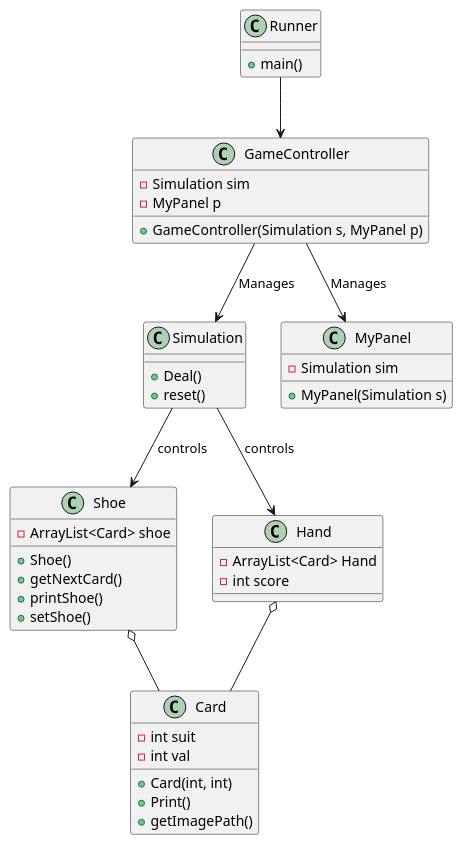
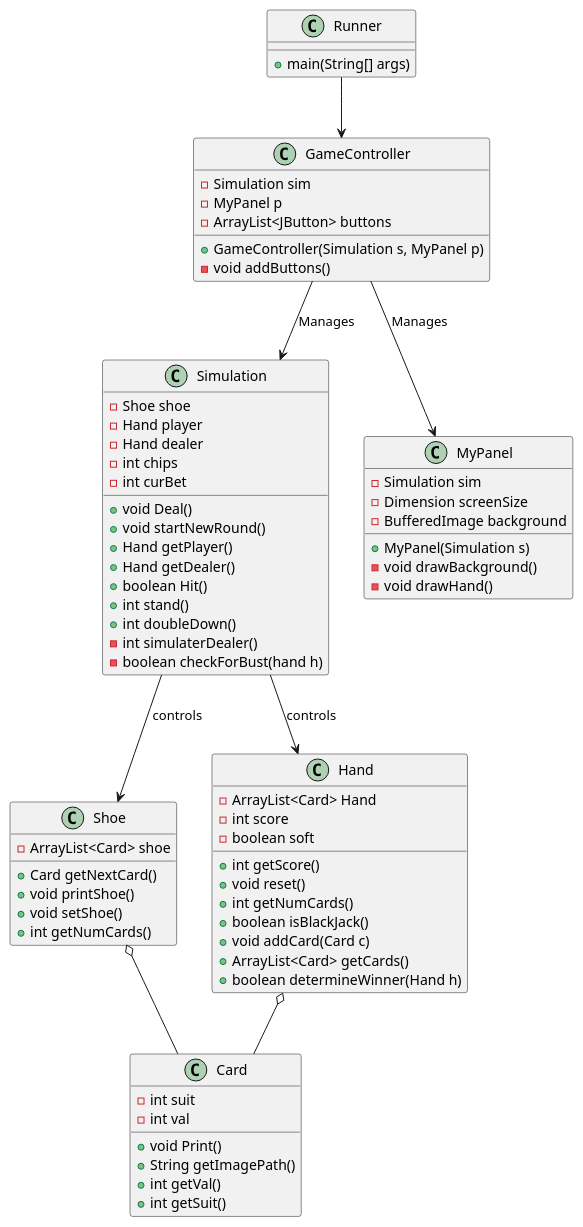
Before and after one commit to Zach-Farrell/blackjack-game: the diagram in src/support/uml/project.puml, drawn with PlantUML. The commit also changed 2 other files, not shown here.

Commit message:
updated uml diagram to most current version

```diff
--- a/src/support/uml/project.puml
+++ b/src/support/uml/project.puml
@@ -1,52 +1,77 @@
 @startuml
 class Shoe {
     -ArrayList<Card> shoe
-    +Shoe()
-    +getNextCard()
-    +printShoe()
-    +setShoe()
+    +Card getNextCard()
+    +void printShoe()
+    +void setShoe()
+    +int getNumCards()
 }
 
 class Card {
-    +Card(int, int)
-    +Print()
-    +getImagePath()
+    +void Print()
+    +String getImagePath()
+    +int getVal()
+    +int getSuit()
     -int suit
     -int val
 }
 
 class Simulation {
-    +Deal()
-    +reset()
-
+    +void Deal()
+    +void startNewRound()
+    +Hand getPlayer()
+    +Hand getDealer()
+    +boolean Hit()
+    +int stand()
+    +int doubleDown()
+    -int simulaterDealer()
+    -boolean checkForBust(hand h)
+    -Shoe shoe
+    -Hand player
+    -Hand dealer
+    -int chips
+    -int curBet
 }
 
 class MyPanel {
     +MyPanel(Simulation s)
+    -void drawBackground()
+    -void drawHand()
     -Simulation sim
+    -Dimension screenSize
+    -BufferedImage background
 }
 
 class Runner {
-	+main()
+	+main(String[] args)
 }
 
 class GameController {
     +GameController(Simulation s, MyPanel p)
+    -void addButtons()
     -Simulation sim
     -MyPanel p
+    -ArrayList<JButton> buttons
 }
 
 class Hand {
+    +int getScore()
+    +void reset()
+    +int getNumCards()
+    +boolean isBlackJack()
+    +void addCard(Card c)
+    +ArrayList<Card> getCards()
+    +boolean determineWinner(Hand h)
     -ArrayList<Card> Hand
-    -int score
-    
+    -int score 
+    -boolean soft
 }
 
 Shoe o-- Card
 Hand o-- Card
 Simulation --> Shoe : controls
 Simulation --> Hand : controls
 Runner --> GameController
 GameController --> MyPanel : Manages
 GameController --> Simulation : Manages
 @enduml
```
